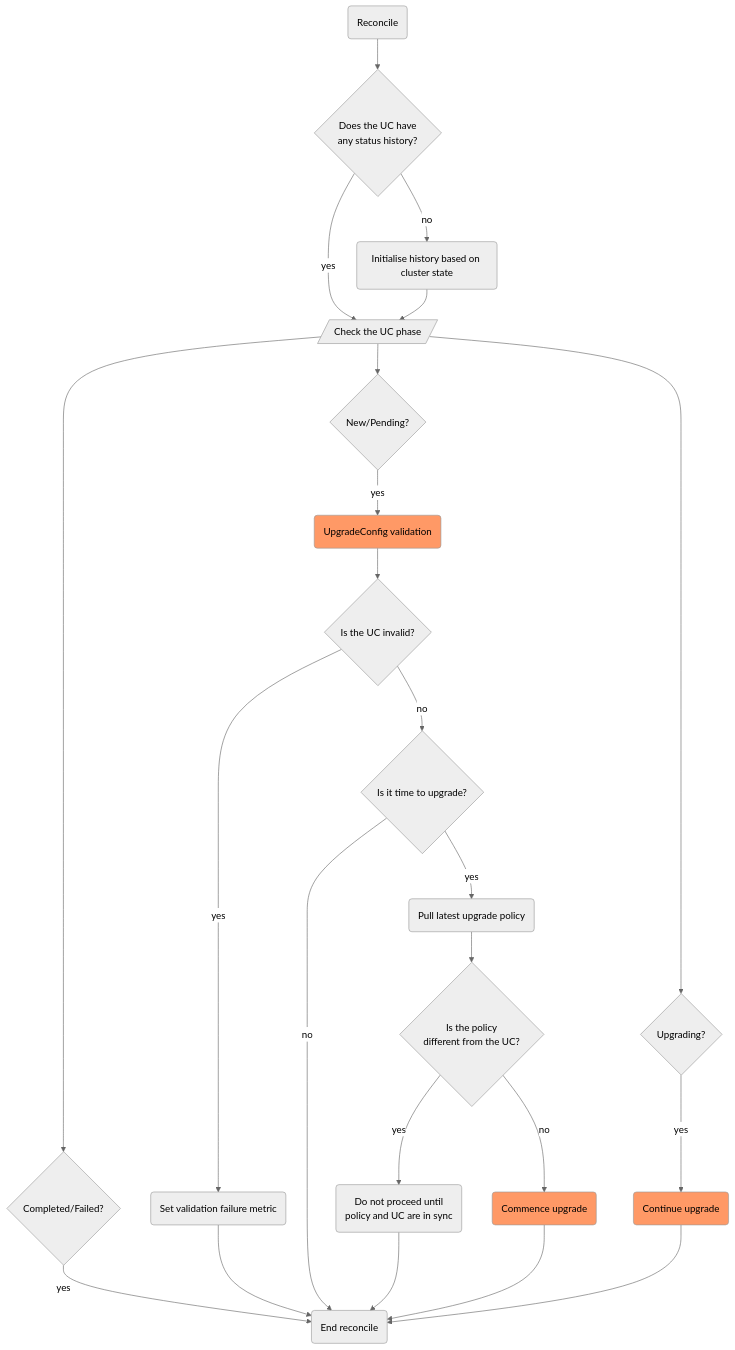
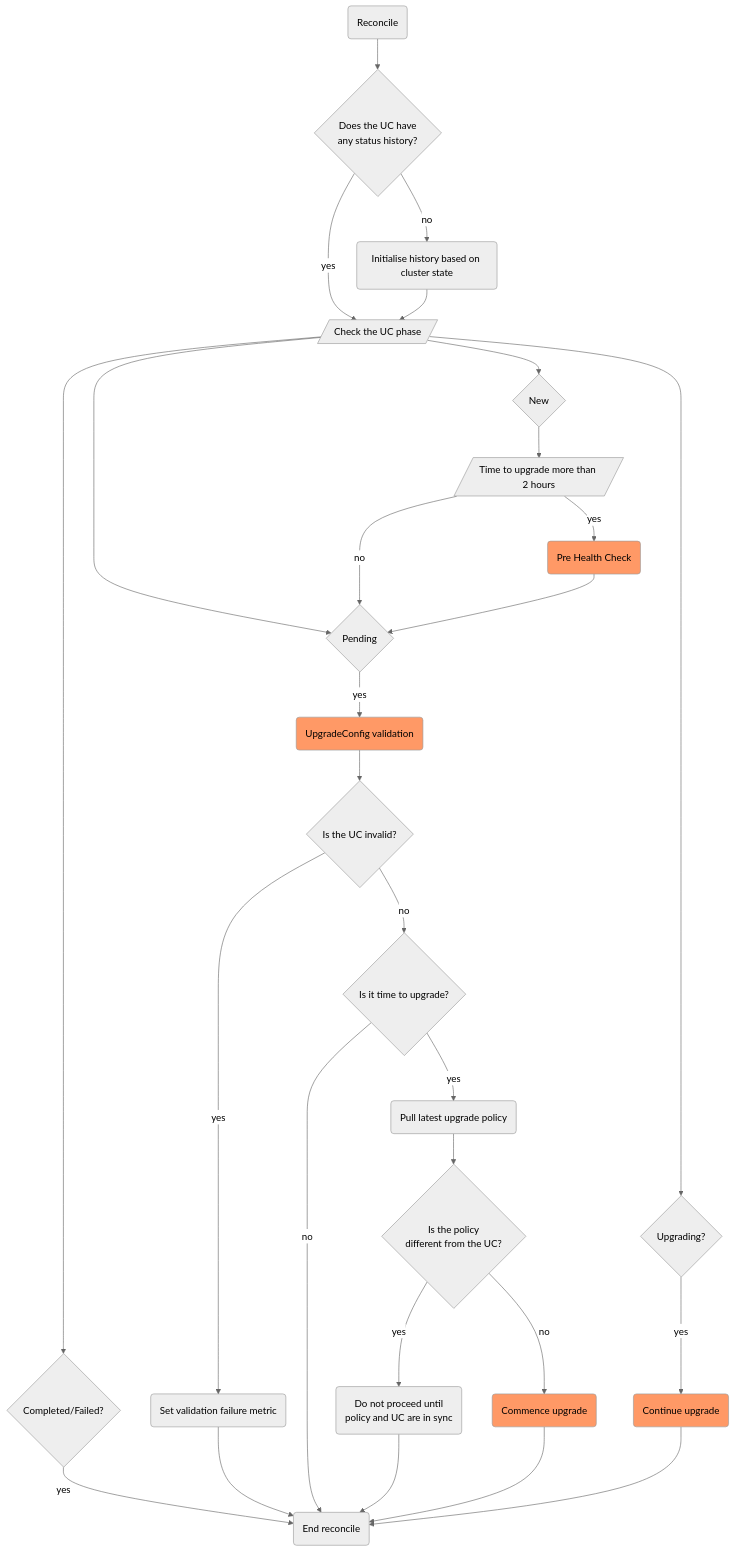
The first of 4 diagrams in docs/controllers/upgradeconfig.md (openshift/managed-upgrade-operator), drawn with Mermaid (neutral theme) before and after one commit. The commit also changed other lines of this file, not shown here.

Commit message:
Updating the documentation to include Pre-HealthCheck

````diff
--- a/docs/controllers/upgradeconfig.md
+++ b/docs/controllers/upgradeconfig.md
@@ -60,51 +67,60 @@
 ```mermaid
 graph TD;
 
 reconcile(Reconcile)
 
 reconcile --> isanyhistory
 isanyhistory{Does the UC have\n any status history?}
 isanyhistory --> |no|sethistory
 isanyhistory --> |yes|checkphase
 sethistory(Initialise history based on cluster state)
 sethistory --> checkphase
 
 checkphase[/Check the UC phase/]
+checkphase --> isucnew
 checkphase --> isucpending
 checkphase --> isucupgrading
 checkphase --> isdone
-isucpending{New/Pending?}
+isucnew{New}
+checktimetoupgrade[/Time to upgrade more than 2 hours/]
+isucnew --> checktimetoupgrade
+checktimetoupgrade --> |yes|healthcheck
+checktimetoupgrade --> |no|isucpending
+isucpending{Pending}
+
+healthcheck(Pre Health Check):::highlight
+healthcheck --> isucpending
 isucpending --> |yes|validate
 isucupgrading{Upgrading?}
 isucupgrading --> |yes|continueupgrade
 isdone{Completed/Failed?}
 isdone --> |yes| done
 
 validate(UpgradeConfig validation):::highlight
 validate --> isinvalid
 isinvalid{Is the UC invalid?}
 isinvalid --> |yes|validfail
 isinvalid --> |no|istimetoupgrade
 validfail(Set validation failure metric)
 validfail --> done
 istimetoupgrade{Is it time to upgrade?}
 istimetoupgrade --> |yes|syncprovider
 istimetoupgrade --> |no|done
 
 syncprovider(Pull latest upgrade policy)
 syncprovider --> haspolicychanged
 haspolicychanged{Is the policy\ndifferent from the UC?}
 haspolicychanged --> |yes|donotcontinue
 donotcontinue(Do not proceed until\npolicy and UC are in sync)
 donotcontinue --> done
 haspolicychanged --> |no|startupgrade
 
 startupgrade(Commence upgrade):::highlight
 startupgrade --> done
 
 continueupgrade(Continue upgrade):::highlight
 continueupgrade --> done
 done(End reconcile)
 
 classDef highlight fill:#f96
 ```
````
